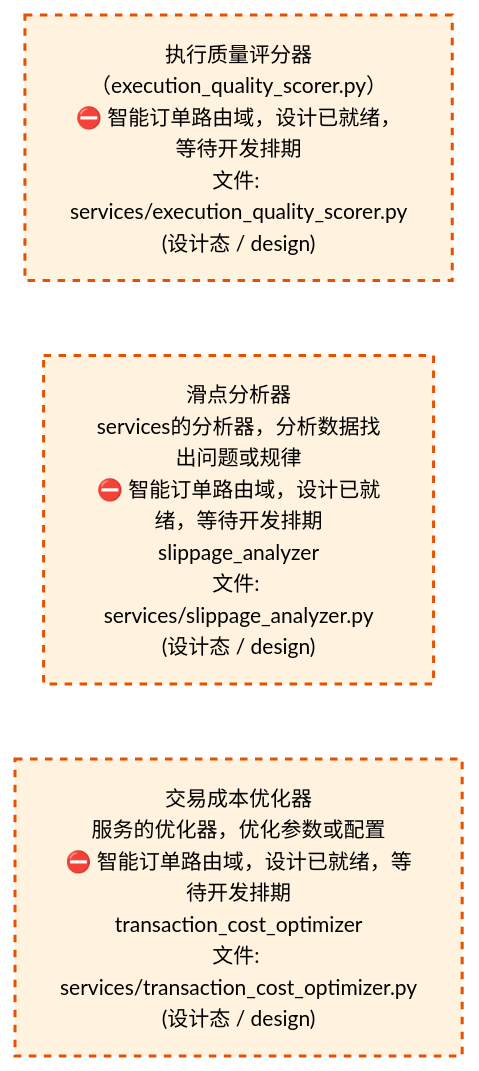
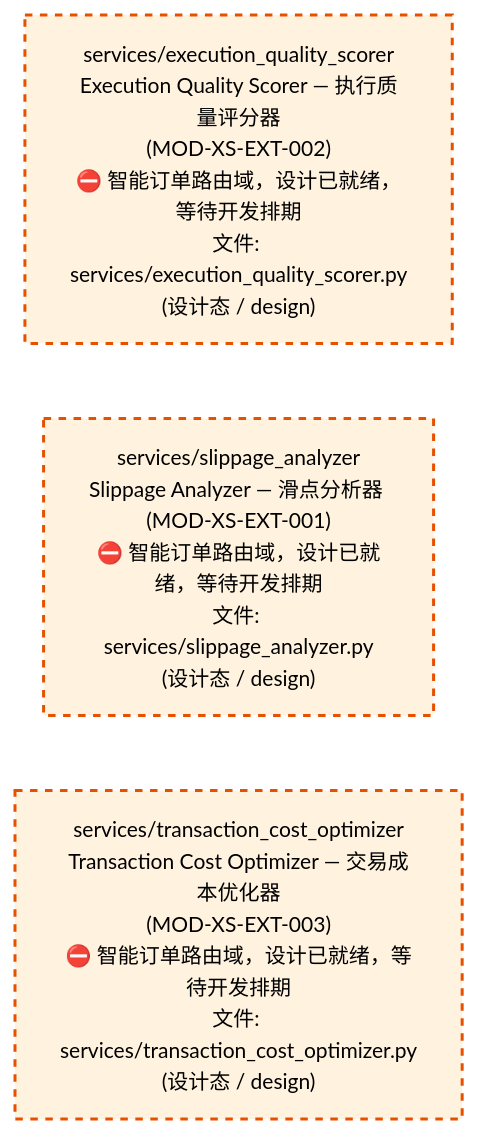
One commit to xuanFelixVan/ZephyrAlpha changed the third of 4 diagrams in docs/02_enterprise_architecture/02_domain_architecture_docs/45_d_ex_sor.md. Above: the diagram before and after it, drawn with Mermaid. The commit also changed other lines of this file and 58 other files, not shown here.

````diff
--- a/docs/02_enterprise_architecture/02_domain_architecture_docs/45_d_ex_sor.md
+++ b/docs/02_enterprise_architecture/02_domain_architecture_docs/45_d_ex_sor.md
@@ -183,14 +187,14 @@
 ```mermaid
 %%{init: {'theme': 'base', 'themeVariables': {'primaryColor': '#eaeaea', 'primaryTextColor': '#333333', 'primaryBorderColor': '#666666', 'lineColor': '#666666', 'secondaryColor': '#eaeaea', 'tertiaryColor': '#eaeaea', 'fontSize': '14px'}}}%%
 flowchart TD
-    src_zephyr_ex_sor_services_execution_quality_scorer_py["执行质量评分器<br/>（execution_quality_scorer.py）<br/>⛔ 智能订单路由域，设计已就绪，等待开发排期<br/>文件: services/execution_quality_scorer.py<br/>(设计态 / design)"]
-    src_zephyr_ex_sor_services_slippage_analyzer_py["滑点分析器<br/>services的分析器，分析数据找出问题或规律<br/>⛔ 智能订单路由域，设计已就绪，等待开发排期<br/>slippage_analyzer<br/>文件: services/slippage_analyzer.py<br/>(设计态 / design)"]
-    src_zephyr_ex_sor_services_transaction_cost_optimizer_py["交易成本优化器<br/>服务的优化器，优化参数或配置<br/>⛔ 智能订单路由域，设计已就绪，等待开发排期<br/>transaction_cost_optimizer<br/>文件: services/transaction_cost_optimizer.py<br/>(设计态 / design)"]
+    src_zephyr_ex_sor_services_execution_quality_scorer_py["services/execution_quality_scorer<br/>Execution Quality Scorer — 执行质量评分器<br/>(MOD-XS-EXT-002)<br/>⛔ 智能订单路由域，设计已就绪，等待开发排期<br/>文件: services/execution_quality_scorer.py<br/>(设计态 / design)"]
+    src_zephyr_ex_sor_services_slippage_analyzer_py["services/slippage_analyzer<br/>Slippage Analyzer — 滑点分析器 (MOD-XS-EXT-001)<br/>⛔ 智能订单路由域，设计已就绪，等待开发排期<br/>文件: services/slippage_analyzer.py<br/>(设计态 / design)"]
+    src_zephyr_ex_sor_services_transaction_cost_optimizer_py["services/transaction_cost_optimizer<br/>Transaction Cost Optimizer — 交易成本优化器<br/>(MOD-XS-EXT-003)<br/>⛔ 智能订单路由域，设计已就绪，等待开发排期<br/>文件: services/transaction_cost_optimizer.py<br/>(设计态 / design)"]
     src_zephyr_ex_sor_services_execution_quality_scorer_py ~~~ src_zephyr_ex_sor_services_slippage_analyzer_py
     src_zephyr_ex_sor_services_slippage_analyzer_py ~~~ src_zephyr_ex_sor_services_transaction_cost_optimizer_py
     classDef production fill:#e1f5fe,stroke:#01579b,stroke-width:2px,color:#000
     classDef design fill:#fff3e0,stroke:#e65100,stroke-width:2px,color:#000,stroke-dasharray: 5 5
     classDef external_prod fill:#e8f4fd,stroke:#0277bd,stroke-width:1px,color:#000
     classDef external_design fill:#fff8e7,stroke:#ef6c00,stroke-width:1px,color:#000,stroke-dasharray: 5 5
     class src_zephyr_ex_sor_services_execution_quality_scorer_py,src_zephyr_ex_sor_services_slippage_analyzer_py,src_zephyr_ex_sor_services_transaction_cost_optimizer_py design
 ```
````
